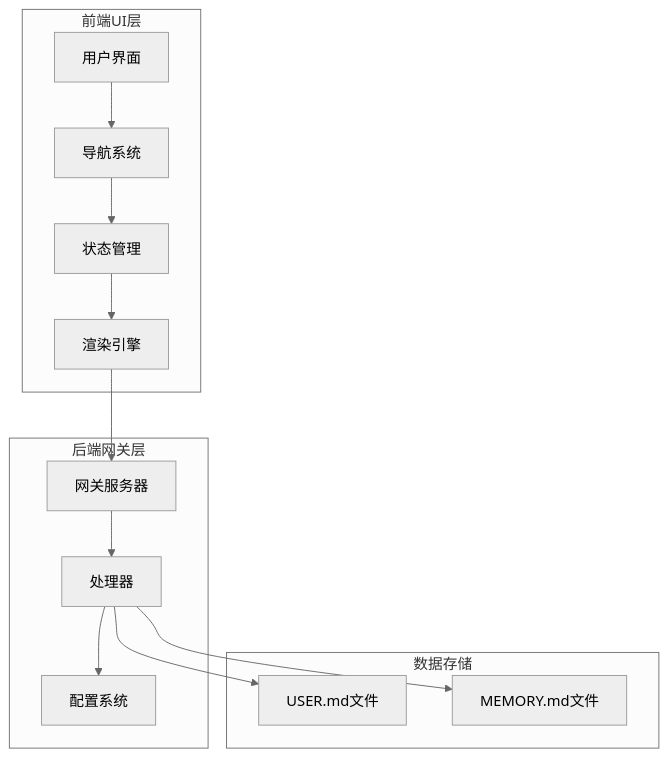
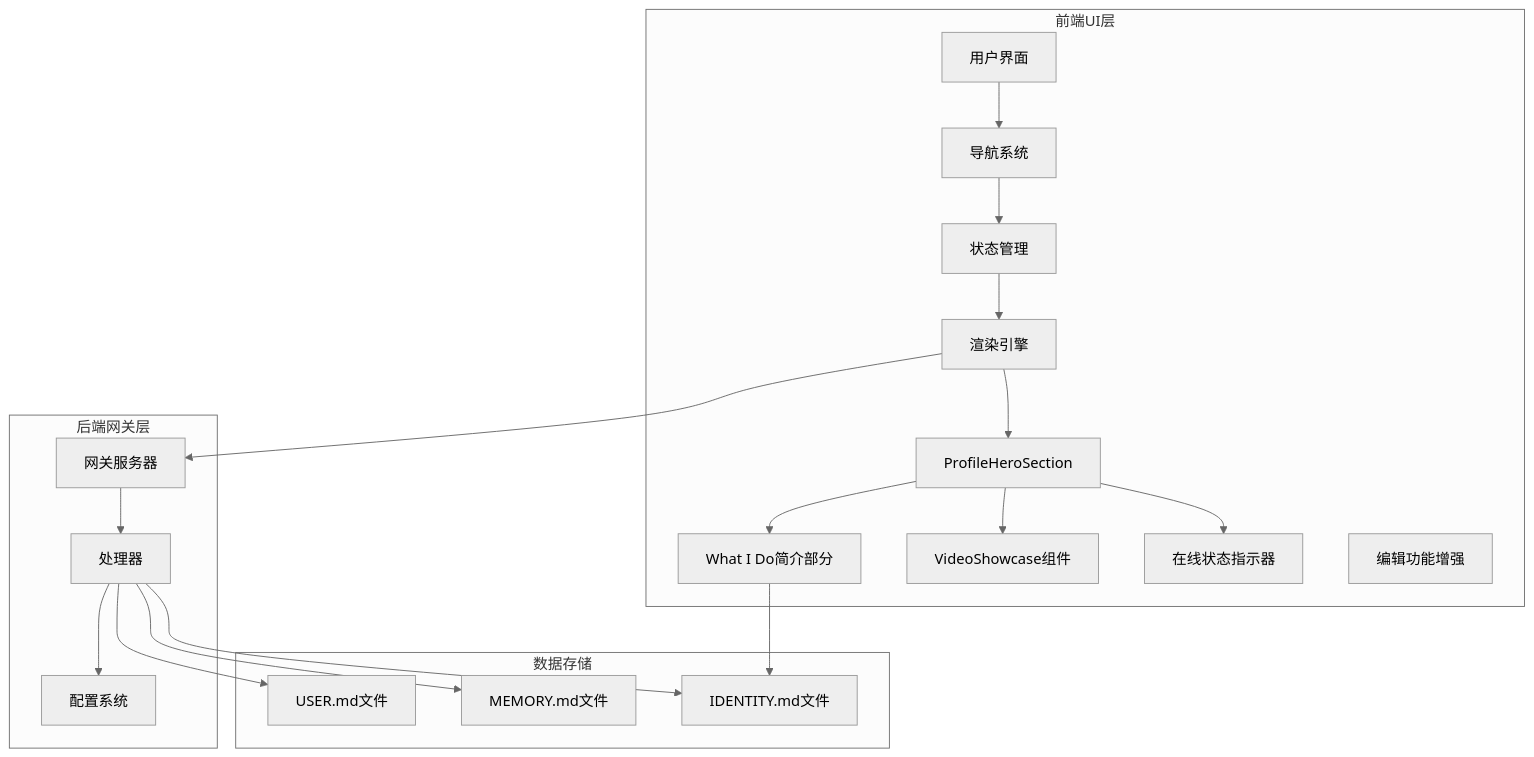
Before and after one commit to verse-ai-org/openclaw: the first of 11 diagrams in .qoder/repowiki/zh/content/核心概念/Profile功能设计文档/Profile功能设计文档.md, drawn with Mermaid (neutral theme). The commit also changed other lines of this file and 55 other files, not shown here.

````diff
--- a/.qoder/repowiki/zh/content/核心概念/Profile功能设计文档/Profile功能设计文档.md
+++ b/.qoder/repowiki/zh/content/核心概念/Profile功能设计文档/Profile功能设计文档.md
@@ -42,26 +58,38 @@
 ```mermaid
 graph TB
 subgraph "前端UI层"
 UI[用户界面]
 NAV[导航系统]
 STATE[状态管理]
 RENDER[渲染引擎]
+HERO[ProfileHeroSection]
+WHATIDO[What I Do简介部分]
+VIDEOSHOW[VideoShowcase组件]
+ENDLINE[在线状态指示器]
+ENDLINE2[编辑功能增强]
 end
 subgraph "后端网关层"
 GW[网关服务器]
 HANDLER[处理器]
 CONFIG[配置系统]
 end
 subgraph "数据存储"
 USER[USER.md文件]
 MEM[MEMORY.md文件]
+IDENTITY[IDENTITY.md文件]
 end
 UI --> NAV
 NAV --> STATE
 STATE --> RENDER
+RENDER --> HERO
+HERO --> WHATIDO
+HERO --> VIDEOSHOW
+HERO --> ENDLINE
+WHATIDO --> IDENTITY
 RENDER --> GW
 GW --> HANDLER
 HANDLER --> CONFIG
 HANDLER --> USER
 HANDLER --> MEM
+HANDLER --> IDENTITY
 ```
````
